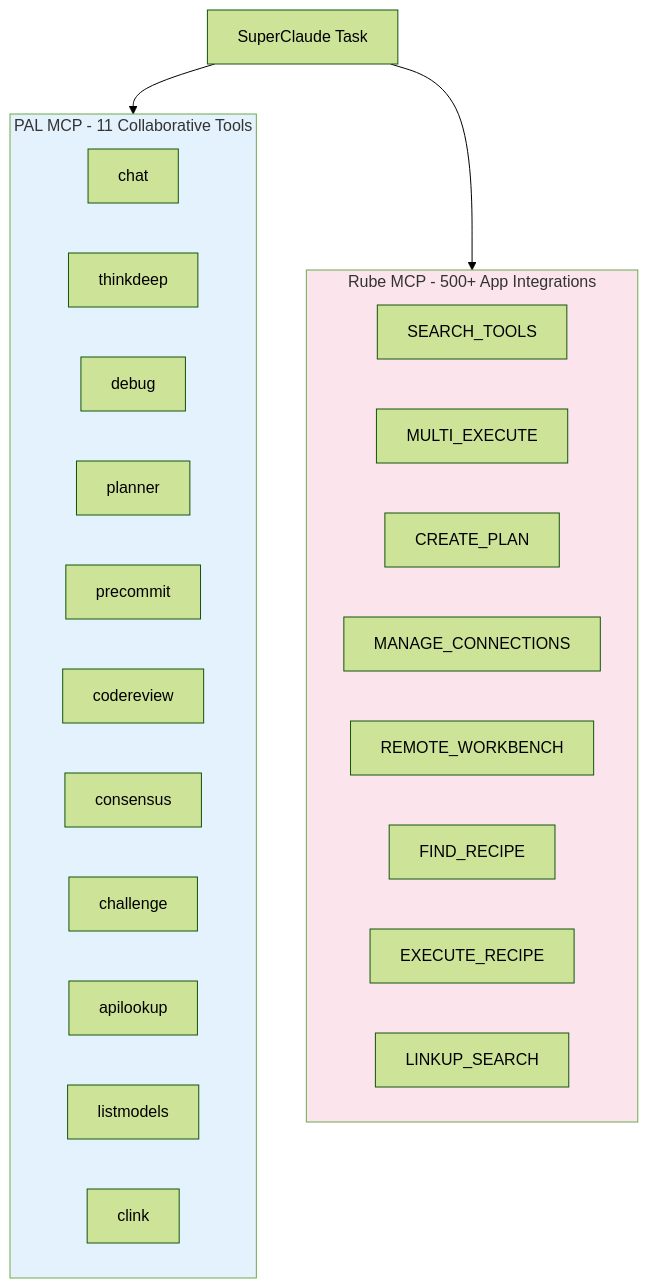
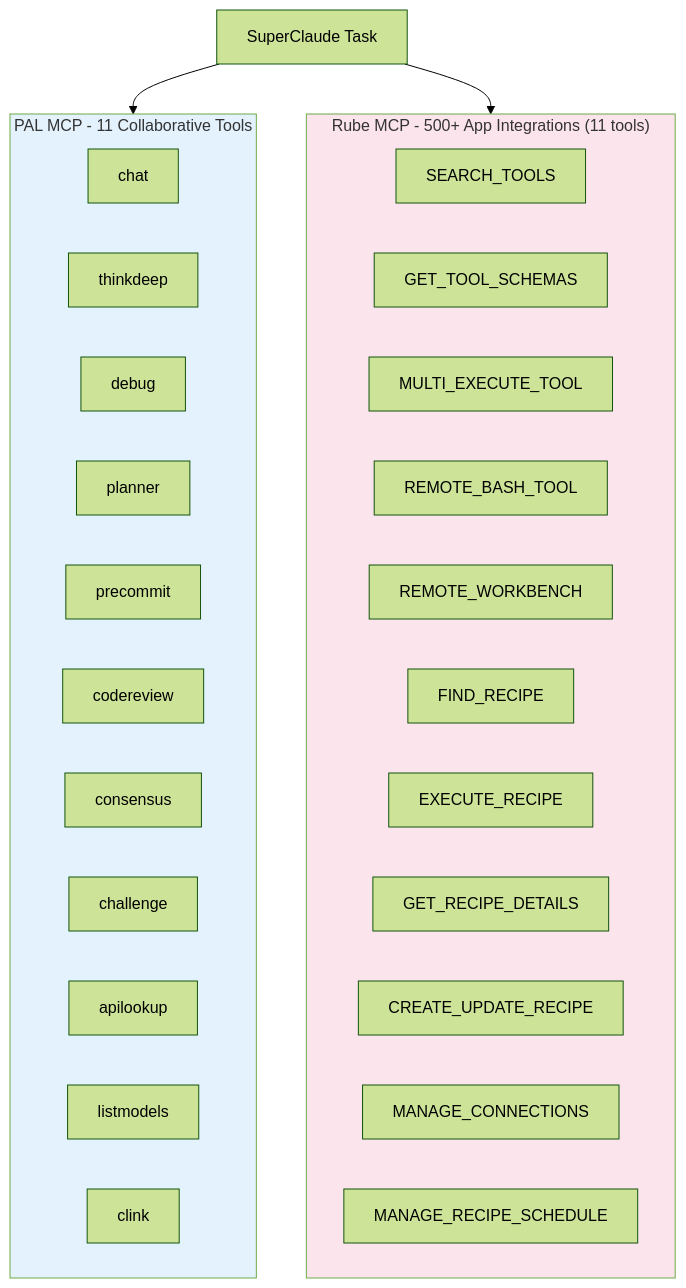
The sixth of 9 diagrams in README.md (Tony363/SuperClaude), drawn with Mermaid (forest theme) before and after one commit. The commit also changed other lines of this file and 1 other file, not shown here.

````diff
--- a/README.md
+++ b/README.md
@@ -863,26 +881,22 @@
 ```mermaid
 flowchart TB
     subgraph PAL["PAL MCP - 11 Collaborative Tools"]
         P1["chat"] & P2["thinkdeep"] & P3["debug"]
         P4["planner"] & P5["precommit"]
         P6["codereview"] & P7["consensus"] & P8["challenge"]
         P9["apilookup"] & P10["listmodels"] & P11["clink"]
     end
 
-    subgraph Rube["Rube MCP - 500+ App Integrations"]
-        R1["SEARCH_TOOLS"]
-        R2["MULTI_EXECUTE"]
-        R3["CREATE_PLAN"]
-        R4["MANAGE_CONNECTIONS"]
-        R5["REMOTE_WORKBENCH"]
-        R6["FIND_RECIPE"]
-        R7["EXECUTE_RECIPE"]
-        R8["LINKUP_SEARCH"]
+    subgraph Rube["Rube MCP - 500+ App Integrations (11 tools)"]
+        R1["SEARCH_TOOLS"] & R2["GET_TOOL_SCHEMAS"] & R3["MULTI_EXECUTE_TOOL"]
+        R4["REMOTE_BASH_TOOL"] & R5["REMOTE_WORKBENCH"]
+        R6["FIND_RECIPE"] & R7["EXECUTE_RECIPE"] & R8["GET_RECIPE_DETAILS"]
+        R9["CREATE_UPDATE_RECIPE"] & R10["MANAGE_CONNECTIONS"] & R11["MANAGE_RECIPE_SCHEDULE"]
     end
 
     TASK["SuperClaude Task"] --> PAL
     TASK --> Rube
 
     style PAL fill:#e3f2fd
     style Rube fill:#fce4ec
 ```
````
